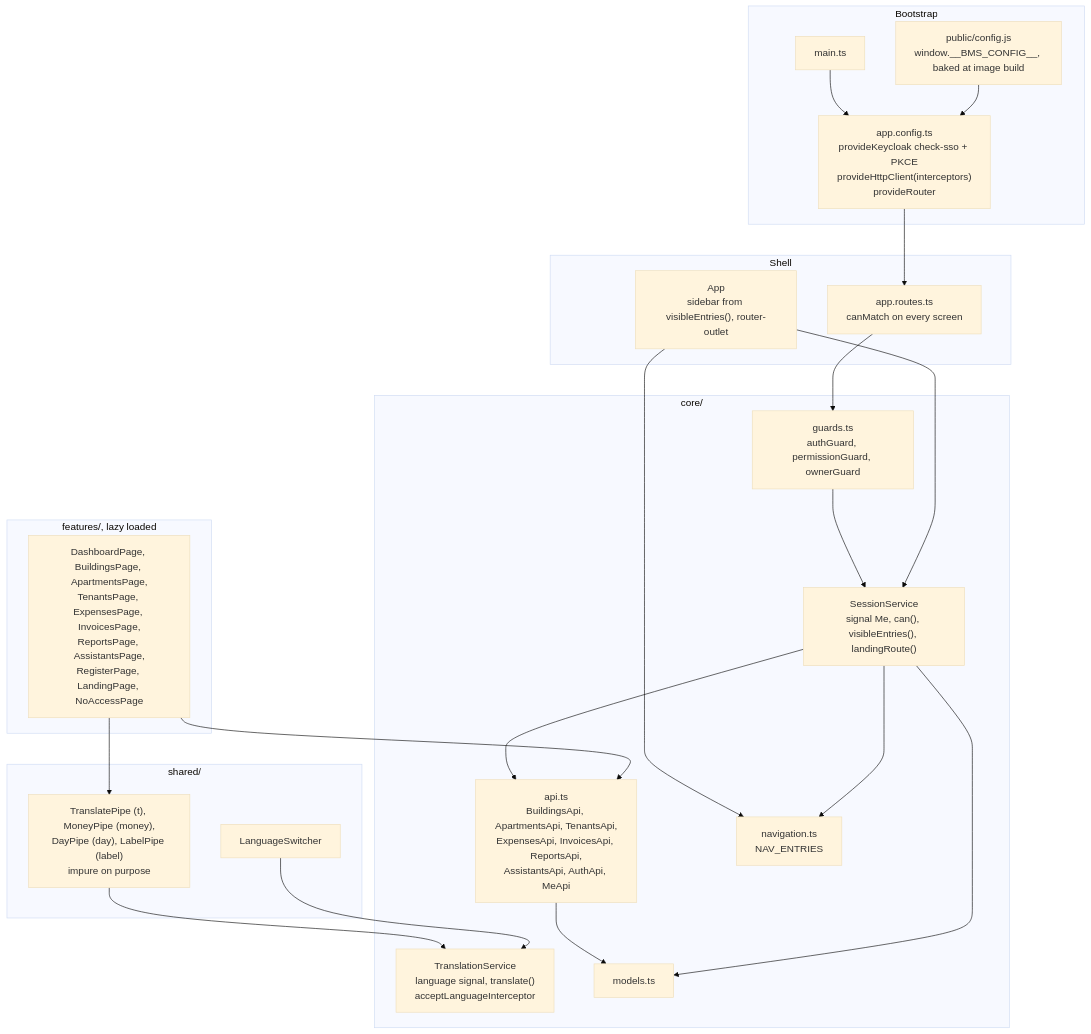
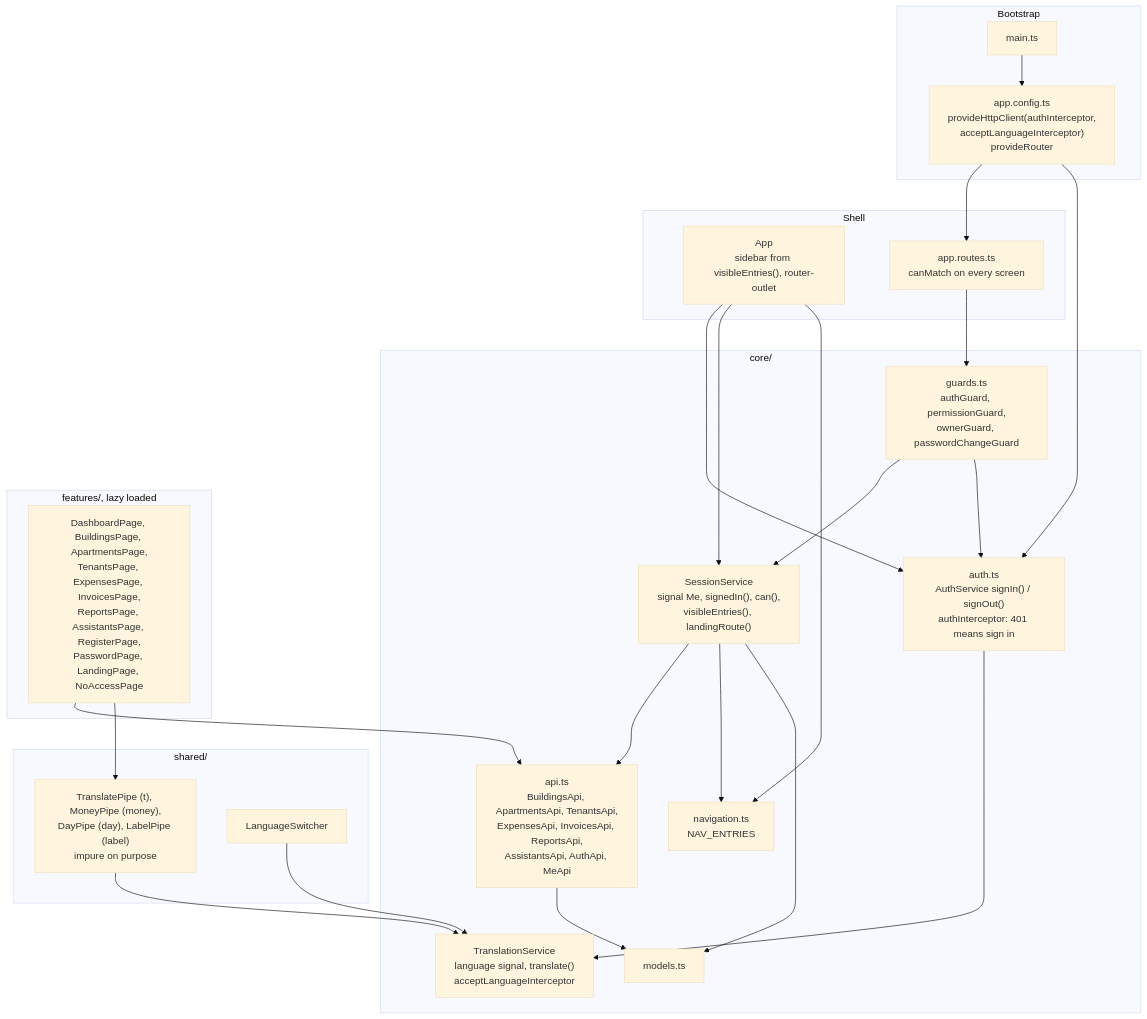
Before and after one commit to stephane-nganou/building-management-systems: the sixth of 19 diagrams in docs/ARCHITECTURE_DIAGRAMS.md, drawn with Mermaid (base theme). The commit also changed other lines of this file and 58 other files, not shown here.

````diff
--- a/docs/ARCHITECTURE_DIAGRAMS.md
+++ b/docs/ARCHITECTURE_DIAGRAMS.md
@@ -463,47 +488,50 @@
 ```mermaid
 flowchart TB
     subgraph boot["Bootstrap"]
         main["main.ts"]
-        cfgw["public/config.js<br/>window.__BMS_CONFIG__, baked at image build"]
-        appcfg["app.config.ts<br/>provideKeycloak check-sso + PKCE<br/>provideHttpClient(interceptors)<br/>provideRouter"]
+        appcfg["app.config.ts<br/>provideHttpClient(authInterceptor,<br/>acceptLanguageInterceptor)<br/>provideRouter"]
     end
 
     subgraph shell["Shell"]
         app["App<br/>sidebar from visibleEntries(), router-outlet"]
         routes["app.routes.ts<br/>canMatch on every screen"]
     end
 
     subgraph core["core/"]
-        session["SessionService<br/>signal Me, can(), visibleEntries(), landingRoute()"]
-        guards["guards.ts<br/>authGuard, permissionGuard, ownerGuard"]
+        session["SessionService<br/>signal Me, signedIn(), can(),<br/>visibleEntries(), landingRoute()"]
+        auth["auth.ts<br/>AuthService signIn() / signOut()<br/>authInterceptor: 401 means sign in"]
+        guards["guards.ts<br/>authGuard, permissionGuard,<br/>ownerGuard, passwordChangeGuard"]
         api["api.ts<br/>BuildingsApi, ApartmentsApi, TenantsApi,<br/>ExpensesApi, InvoicesApi, ReportsApi,<br/>AssistantsApi, AuthApi, MeApi"]
         i18n["TranslationService<br/>language signal, translate()<br/>acceptLanguageInterceptor"]
         nav["navigation.ts<br/>NAV_ENTRIES"]
         models["models.ts"]
     end
 
     subgraph features["features/, lazy loaded"]
-        pages["DashboardPage, BuildingsPage, ApartmentsPage,<br/>TenantsPage, ExpensesPage, InvoicesPage,<br/>ReportsPage, AssistantsPage,<br/>RegisterPage, LandingPage, NoAccessPage"]
+        pages["DashboardPage, BuildingsPage, ApartmentsPage,<br/>TenantsPage, ExpensesPage, InvoicesPage,<br/>ReportsPage, AssistantsPage, RegisterPage,<br/>PasswordPage, LandingPage, NoAccessPage"]
     end
 
     subgraph sharedui["shared/"]
         pipes["TranslatePipe (t), MoneyPipe (money),<br/>DayPipe (day), LabelPipe (label)<br/>impure on purpose"]
         lang["LanguageSwitcher"]
     end
 
     main --> appcfg
-    cfgw --> appcfg
     appcfg --> routes
+    appcfg --> auth
     routes --> guards
     guards --> session
+    guards --> auth
+    auth --> i18n
+    app --> auth
     app --> session
     app --> nav
     session --> api
     session --> nav
     pages --> api
     pages --> pipes
     pipes --> i18n
     lang --> i18n
     api --> models
     session --> models
 ```
````
